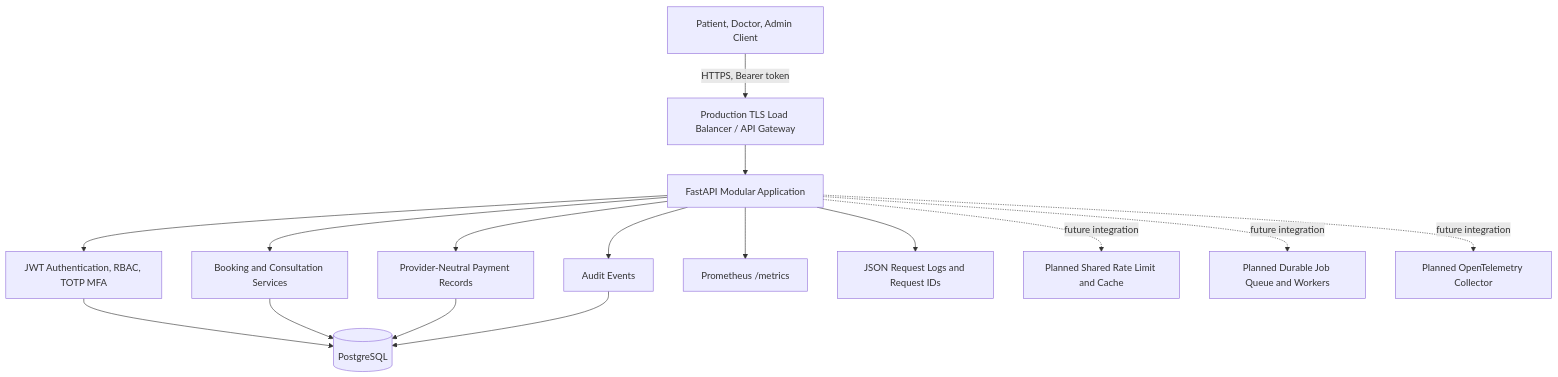
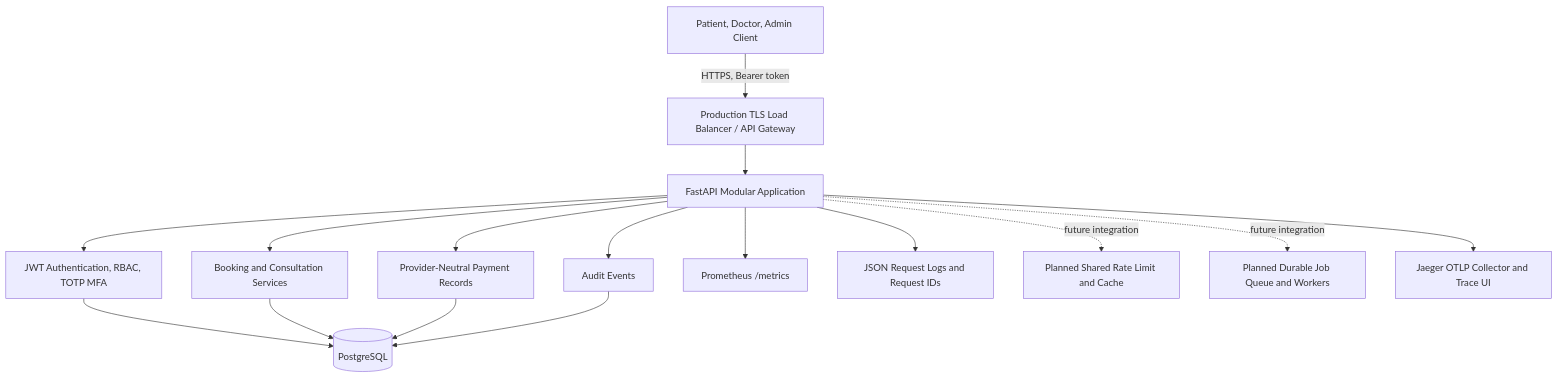
The first of 4 diagrams in docs/ARCHITECTURE.md (AMARESH020/amrutam-telemedicine-platform), drawn with Mermaid before and after one commit. The commit also changed other lines of this file and 5 other files, not shown here.

Commit message:
Add OpenTelemetry distributed tracing with Jaeger

````diff
--- a/docs/ARCHITECTURE.md
+++ b/docs/ARCHITECTURE.md
@@ -13,33 +13,33 @@
 ```mermaid
 flowchart TD
     C[Patient, Doctor, Admin Client]
     LB[Production TLS Load Balancer / API Gateway]
     API[FastAPI Modular Application]
     AUTH[JWT Authentication, RBAC, TOTP MFA]
     BOOK[Booking and Consultation Services]
     PAY[Provider-Neutral Payment Records]
     AUD[Audit Events]
     DB[(PostgreSQL)]
     MET[Prometheus /metrics]
     LOG[JSON Request Logs and Request IDs]
 
     C -->|HTTPS, Bearer token| LB
     LB --> API
     API --> AUTH
     API --> BOOK
     API --> PAY
     API --> AUD
     AUTH --> DB
     BOOK --> DB
     PAY --> DB
     AUD --> DB
     API --> MET
     API --> LOG
 
     REDIS[Planned Shared Rate Limit and Cache]
     QUEUE[Planned Durable Job Queue and Workers]
-    TRACE[Planned OpenTelemetry Collector]
+    TRACE[Jaeger OTLP Collector and Trace UI]
     API -. future integration .-> REDIS
     API -. future integration .-> QUEUE
-    API -. future integration .-> TRACE
+    API --> TRACE
 ```
````
